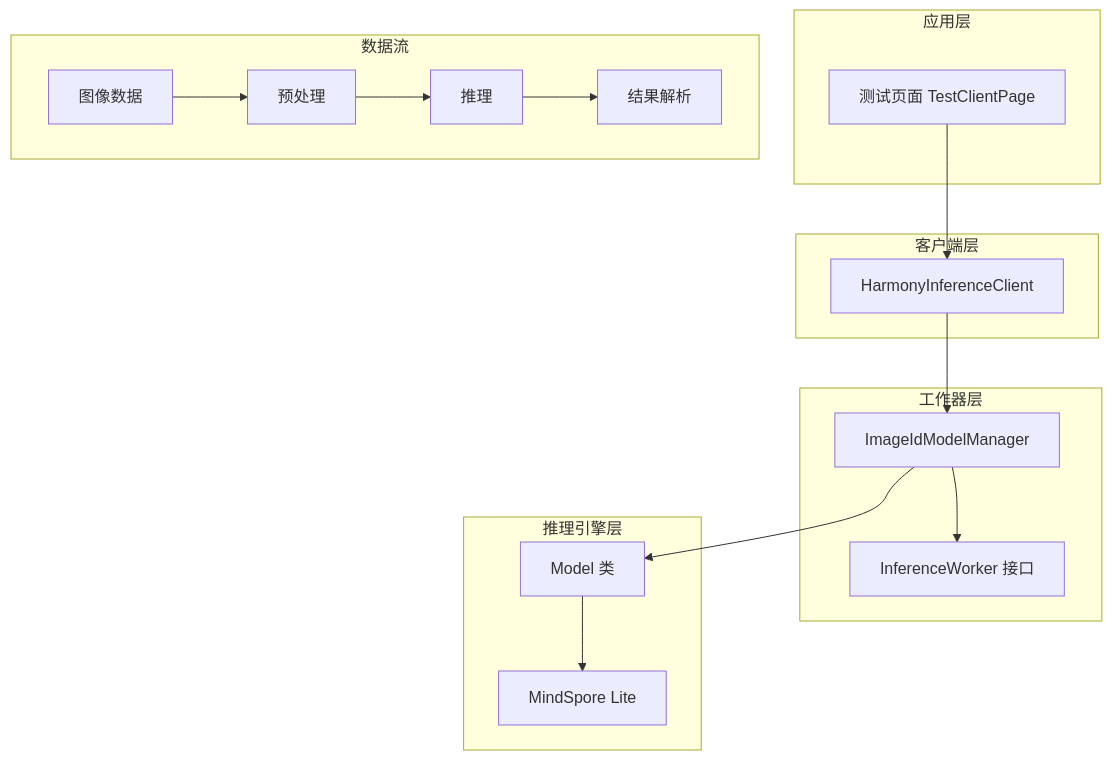
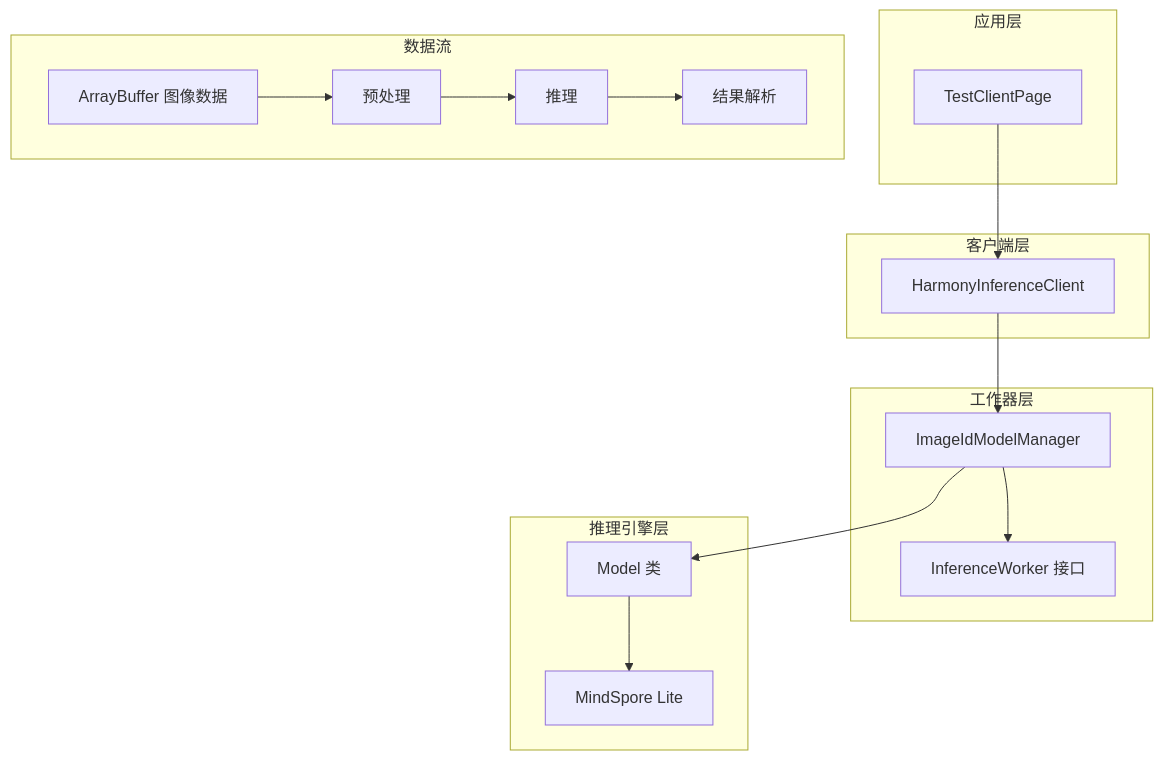
The second of 9 diagrams in .qoder/repowiki/zh/content/推理核心模块/图像识别模型管理器.md (huo65/OH-Co3), drawn with Mermaid before and after one commit. The commit also changed other lines of this file and 15 other files, not shown here.

````diff
--- a/.qoder/repowiki/zh/content/推理核心模块/图像识别模型管理器.md
+++ b/.qoder/repowiki/zh/content/推理核心模块/图像识别模型管理器.md
@@ -112,29 +123,29 @@
 ```mermaid
 graph TB
 subgraph "应用层"
-APP[测试页面 TestClientPage]
+APP[TestClientPage]
 end
 subgraph "客户端层"
 HIC[HarmonyInferenceClient]
 end
 subgraph "工作器层"
 IMGM[ImageIdModelManager]
 INF[InferenceWorker 接口]
 end
 subgraph "推理引擎层"
 MS[Model 类]
 MSL[MindSpore Lite]
 end
 subgraph "数据流"
-IMG[图像数据]
+IMG[ArrayBuffer 图像数据]
 PROC[预处理]
 PRED[推理]
 RES[结果解析]
 end
 APP --> HIC
 HIC --> IMGM
 IMGM --> INF
 IMGM --> MS
 MS --> MSL
 IMG --> PROC --> PRED --> RES
 ```
````
